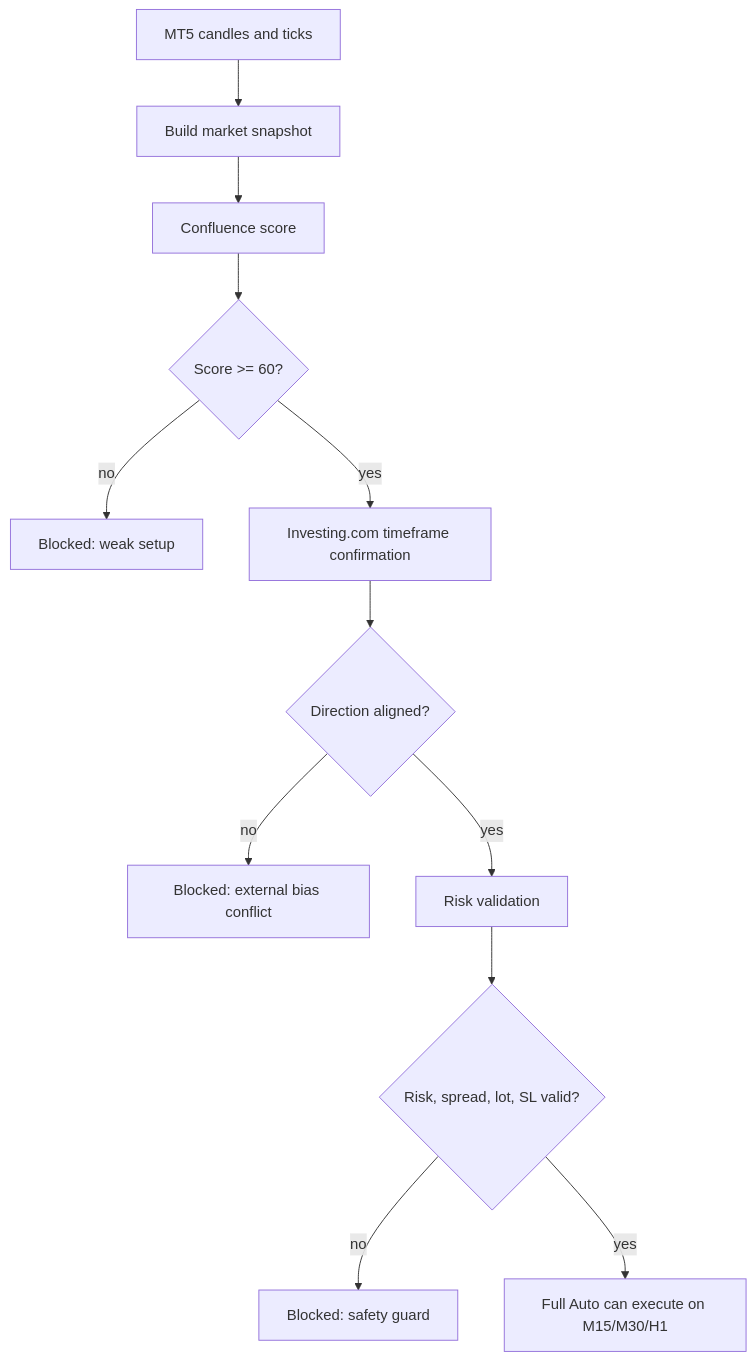
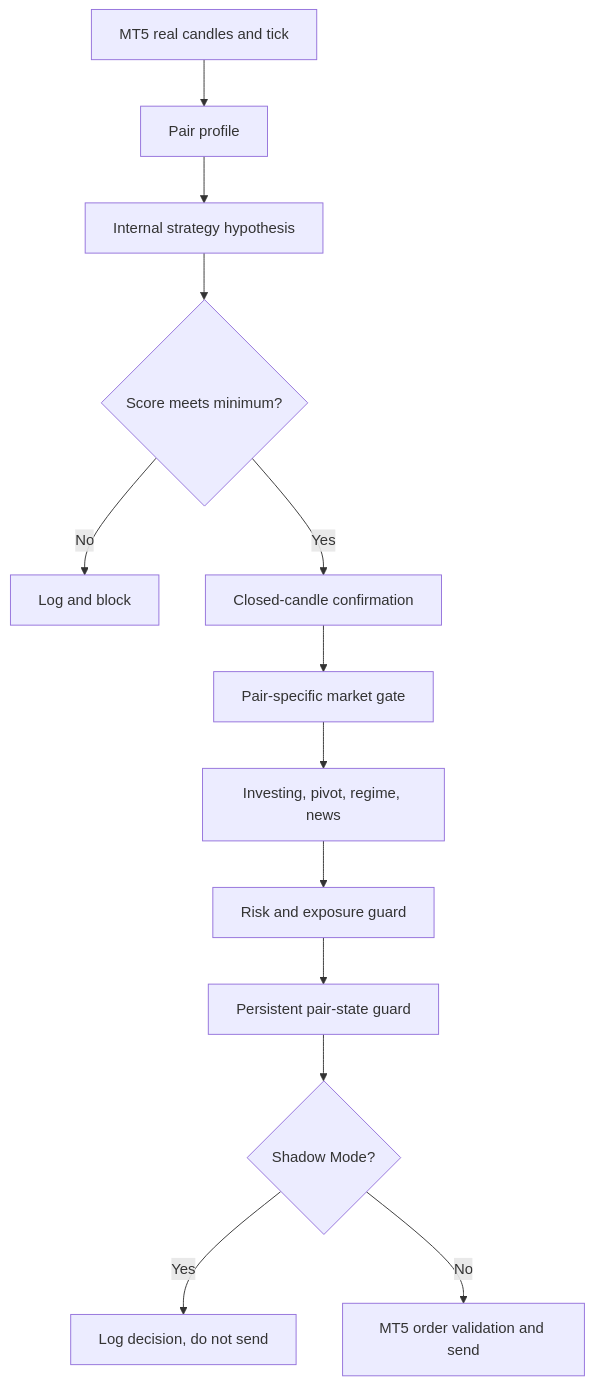
The diagram in README.md (FiyyaLisanaDeV/XAU-PY), drawn with Mermaid before and after one commit. The commit also changed other lines of this file, not shown here.

````diff
--- a/README.md
+++ b/README.md
@@ -42,14 +130,15 @@
 ```mermaid
 flowchart TD
-  A[MT5 candles and ticks] --> B[Build market snapshot]
-  B --> C[Confluence score]
-  C --> D{Score >= 60?}
-  D -- no --> X[Blocked: weak setup]
-  D -- yes --> E[Investing.com timeframe confirmation]
-  E --> F{Direction aligned?}
-  F -- no --> Y[Blocked: external bias conflict]
-  F -- yes --> G[Risk validation]
-  G --> H{Risk, spread, lot, SL valid?}
-  H -- no --> Z[Blocked: safety guard]
-  H -- yes --> I[Full Auto can execute on M15/M30/H1]
+    A["MT5 real candles and tick"] --> B["Pair profile"]
+    B --> C["Internal strategy hypothesis"]
+    C --> D{"Score meets minimum?"}
+    D -- "No" --> X["Log and block"]
+    D -- "Yes" --> E["Closed-candle confirmation"]
+    E --> F["Pair-specific market gate"]
+    F --> G["Investing, pivot, regime, news"]
+    G --> H["Risk and exposure guard"]
+    H --> I["Persistent pair-state guard"]
+    I --> J{"Shadow Mode?"}
+    J -- "Yes" --> K["Log decision, do not send"]
+    J -- "No" --> L["MT5 order validation and send"]
 ```
````
